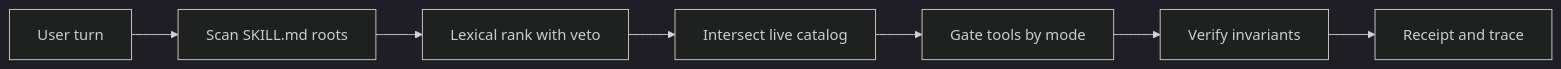
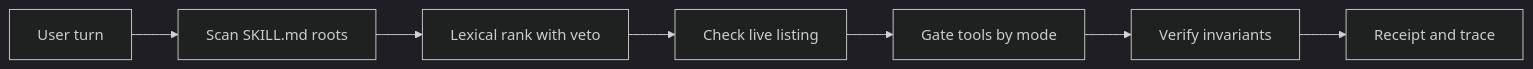
One commit to Stxyu-p/skill-proof changed the diagram in README.md. Above: the diagram before and after it, drawn with Mermaid (dark theme). The commit also changed other lines of this file, not shown here.

````diff
--- a/README.md
+++ b/README.md
@@ -60,9 +74,9 @@
 ```mermaid
 flowchart LR
     T[User turn] --> S[Scan SKILL.md roots]
     S --> R[Lexical rank with veto]
-    R --> C[Intersect live catalog]
+    R --> C[Check live listing]
     C --> G[Gate tools by mode]
     G --> V[Verify invariants]
     V --> E[Receipt and trace]
 ```
````
